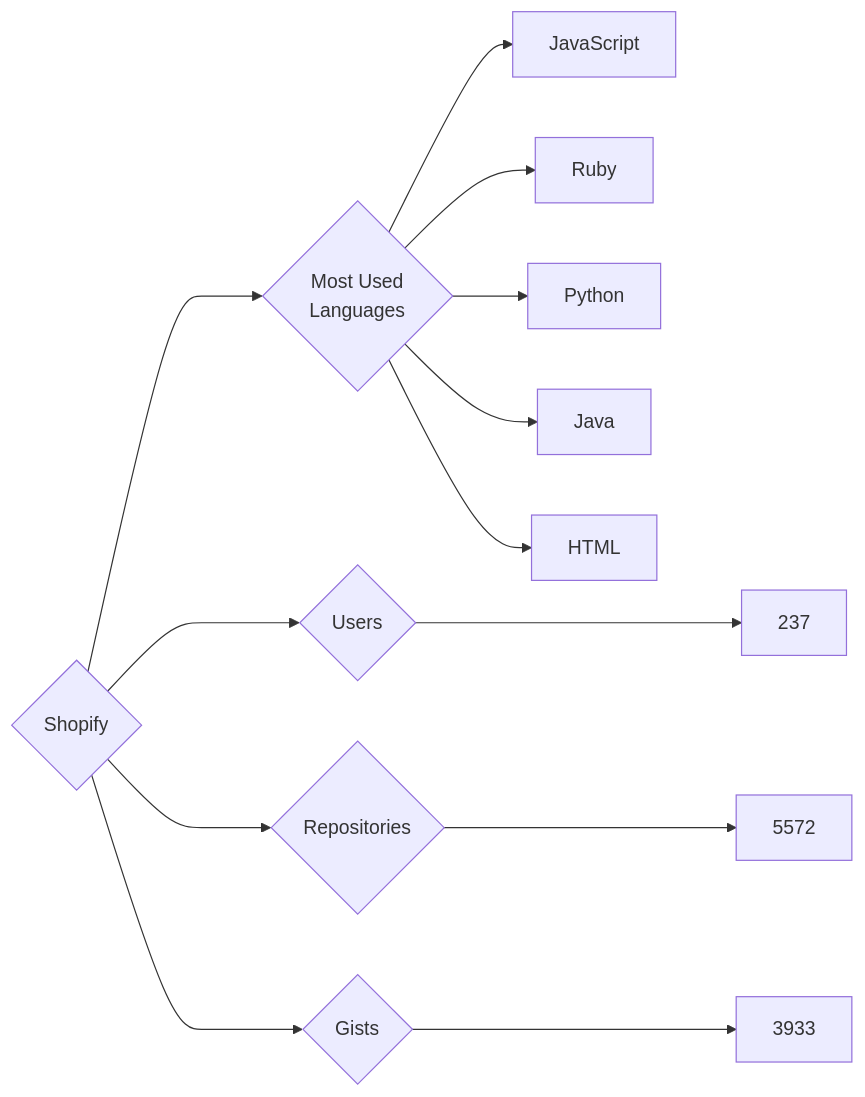
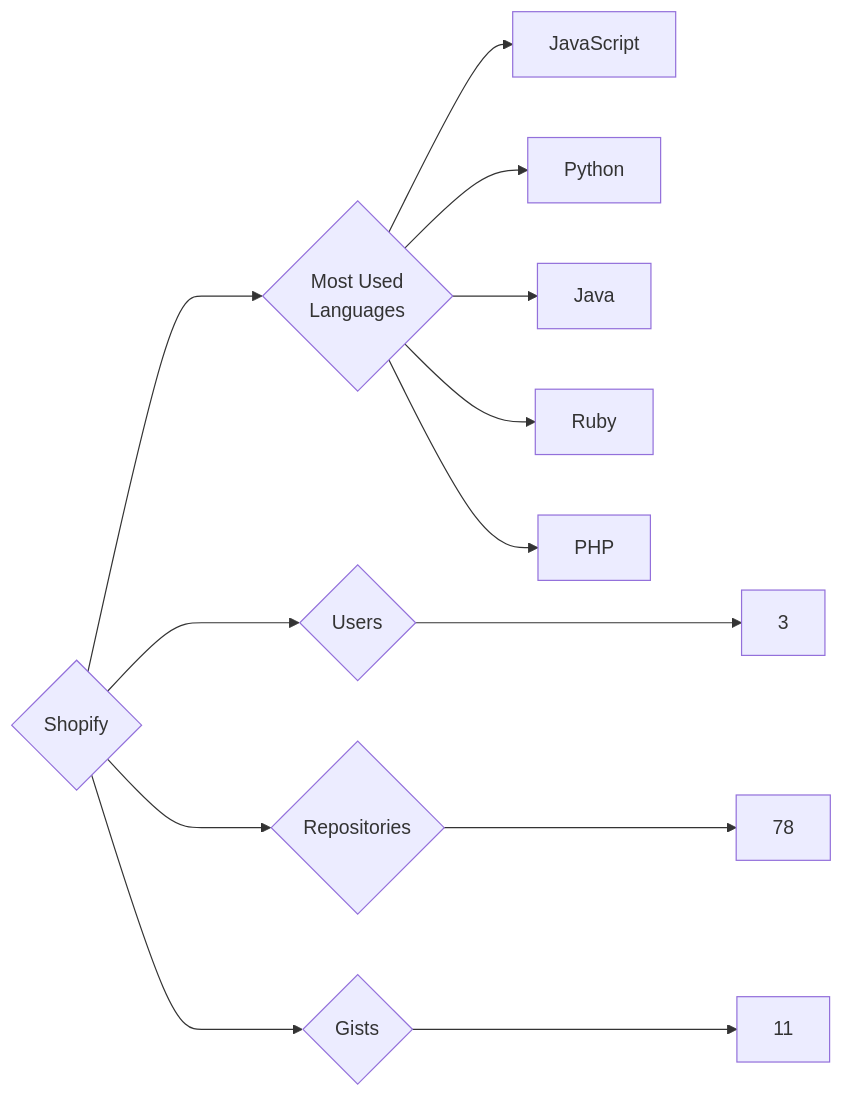
One commit to trickest/insiders changed the diagram in targets/Shopify/README.md. Above: the diagram before and after it, drawn with Mermaid. The commit also changed 1484 other files, not shown here.

````diff
--- a/targets/Shopify/README.md
+++ b/targets/Shopify/README.md
@@ -3,13 +3,13 @@
 ```mermaid
 graph LR
 COMPANY_NAME{Shopify}
-COMPANY_NAME ---> U{Users} ---> UN[237]
-COMPANY_NAME ---> R{Repositories} ---> RN[5572]
-COMPANY_NAME ---> G{Gists} ---> GN[3933]
+COMPANY_NAME ---> U{Users} ---> UN[3]
+COMPANY_NAME ---> R{Repositories} ---> RN[78]
+COMPANY_NAME ---> G{Gists} ---> GN[11]
 COMPANY_NAME ---> ML{Most Used<br>Languages}
 ML --> JavaScript[JavaScript]
-ML --> Ruby[Ruby]
 ML --> Python[Python]
 ML --> Java[Java]
-ML --> HTML[HTML]
+ML --> Ruby[Ruby]
+ML --> PHP[PHP]
 ```
````
